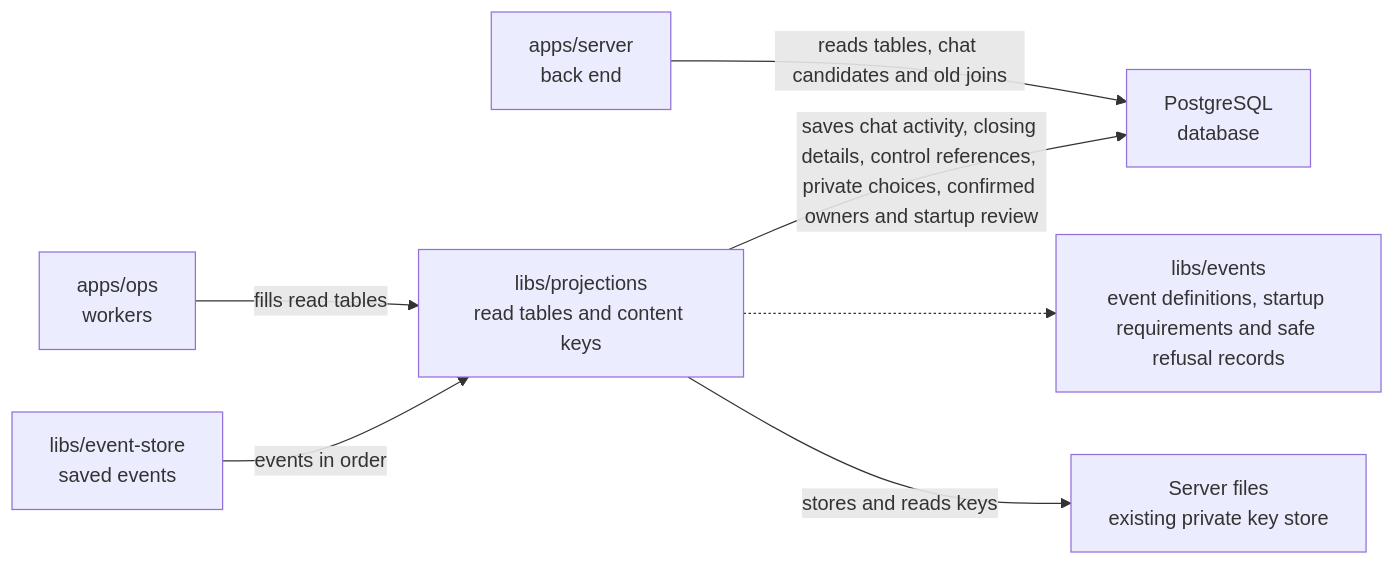
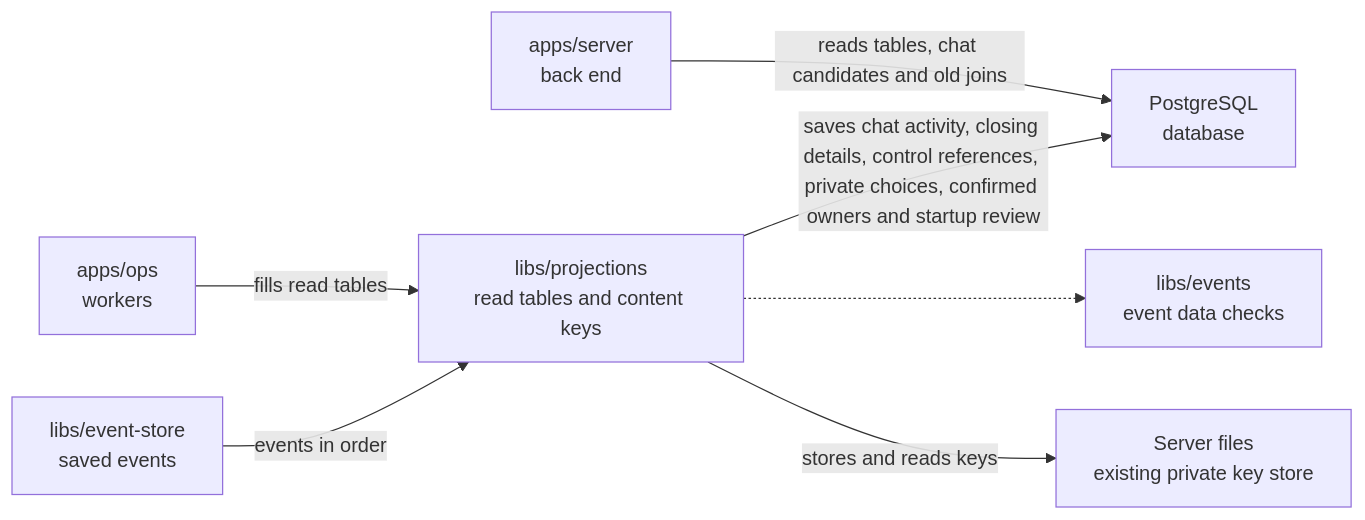
One commit to elewa-git/opencrane-new changed the diagram in libs/projections/README.md. Above: the diagram before and after it, drawn with Mermaid. The commit also changed other lines of this file and 4 other files, not shown here.

Commit message:
🔒 Preserve startup refusal labels and use checked memory catalogue fixtures

````diff
--- a/libs/projections/README.md
+++ b/libs/projections/README.md
@@ -23,9 +23,9 @@
 ```mermaid
 flowchart LR
   ops["apps/ops<br/>workers"] -->|fills read tables| projections["libs/projections<br/>read tables and content keys"]
   server["apps/server<br/>back end"] -->|reads tables, chat candidates and old joins| pg["PostgreSQL<br/>database"]
   projections -->|saves chat activity, closing details, control references, private choices, confirmed owners and startup review| pg
   store["libs/event-store<br/>saved events"] -->|events in order| projections
-  projections -.-> events["libs/events<br/>event definitions, startup requirements and safe refusal records"]
+  projections -.-> events["libs/events<br/>event data checks"]
   projections -->|stores and reads keys| keys["Server files<br/>existing private key store"]
 ```
````
